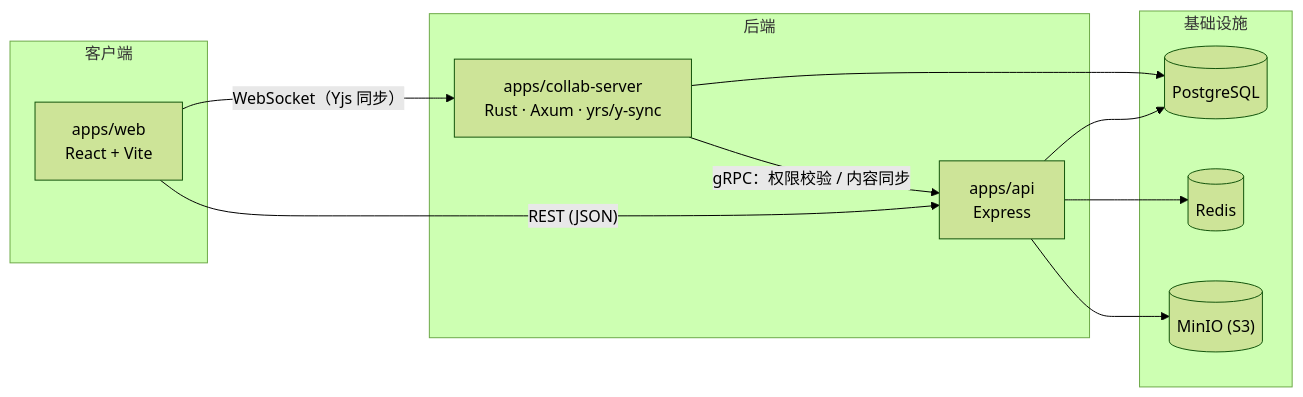
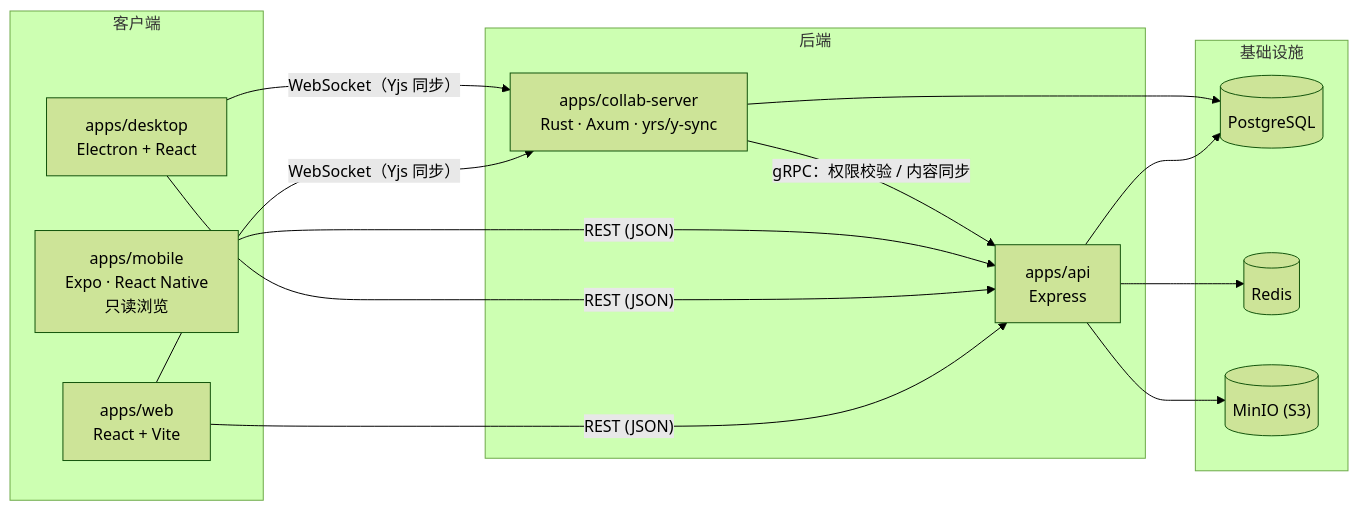
The diagram in README.zh-CN.md (lhx-space/infra-docs), drawn with Mermaid (forest theme) before and after one commit. The commit also changed other lines of this file and 64 other files, not shown here.

First line of the commit message:
feat(mobile): 落地 Expo 只读浏览客户端与配套后端支持

````diff
--- a/README.zh-CN.md
+++ b/README.zh-CN.md
@@ -23,26 +24,31 @@
 ```mermaid
 flowchart LR
     subgraph Client[客户端]
         web["apps/web<br/>React + Vite"]
+        desktop["apps/desktop<br/>Electron + React"]
+        mobile["apps/mobile<br/>Expo · React Native<br/>只读浏览"]
     end
 
     subgraph Backend[后端]
         api["apps/api<br/>Express"]
         collab["apps/collab-server<br/>Rust · Axum · yrs/y-sync"]
     end
 
     subgraph Infra[基础设施]
         pg[("PostgreSQL")]
         redis[("Redis")]
         minio[("MinIO (S3)")]
     end
 
     web -- "REST (JSON)" --> api
+    desktop -- "REST (JSON)" --> api
+    mobile -- "REST (JSON)" --> api
     web -- "WebSocket（Yjs 同步）" --> collab
+    desktop -- "WebSocket（Yjs 同步）" --> collab
     collab -- "gRPC：权限校验 / 内容同步" --> api
 
     api --> pg
     api --> redis
     api --> minio
     collab --> pg
 ```
````
